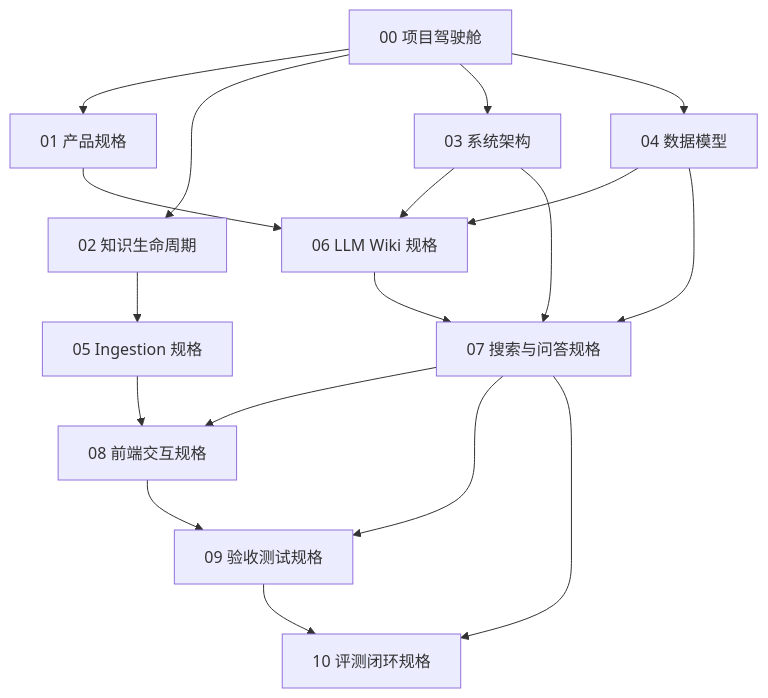
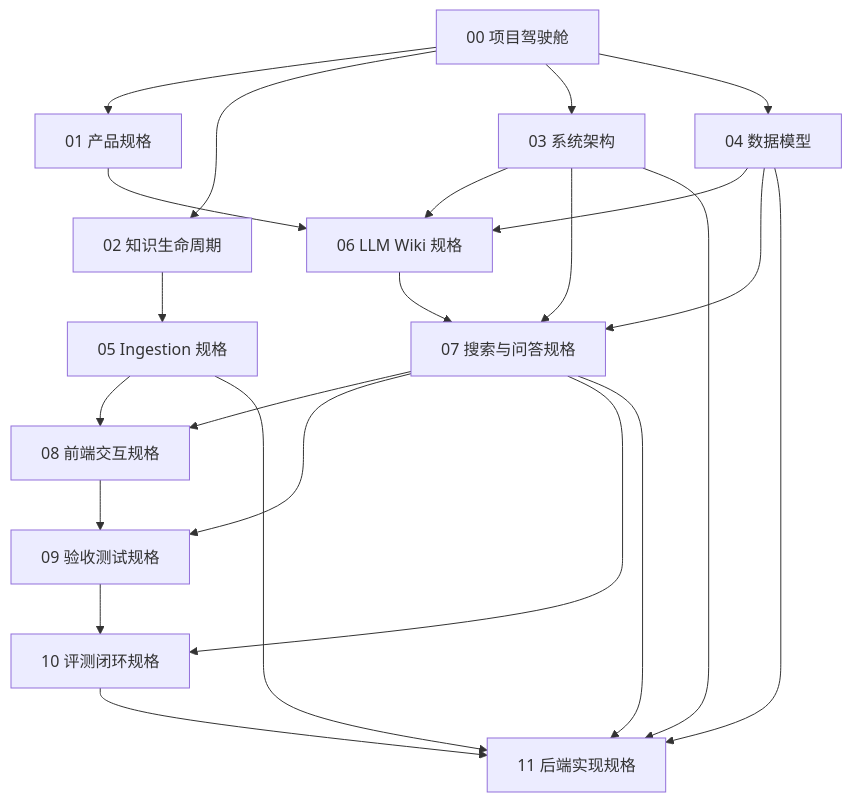
One commit to LittleBlacky/KnowWeave changed the seventh of 7 diagrams in docs/00-project-dashboard.md. Above: the diagram before and after it, drawn with Mermaid. The commit also changed other lines of this file and 4 other files, not shown here.

````diff
--- a/docs/00-project-dashboard.md
+++ b/docs/00-project-dashboard.md
@@ -245,20 +245,25 @@
 ```mermaid
 flowchart TD
   D0["00 项目驾驶舱"] --> D1["01 产品规格"]
   D0 --> D2["02 知识生命周期"]
   D0 --> D3["03 系统架构"]
   D0 --> D4["04 数据模型"]
   D2 --> D5["05 Ingestion 规格"]
   D1 --> D6["06 LLM Wiki 规格"]
   D3 --> D6
   D4 --> D6
   D3 --> D7["07 搜索与问答规格"]
   D4 --> D7
   D6 --> D7
   D7 --> D8["08 前端交互规格"]
   D5 --> D8
   D8 --> D9["09 验收测试规格"]
   D7 --> D9
   D7 --> D10["10 评测闭环规格"]
   D9 --> D10
+  D3 --> D11["11 后端实现规格"]
+  D4 --> D11
+  D5 --> D11
+  D7 --> D11
+  D10 --> D11
 ```
````
